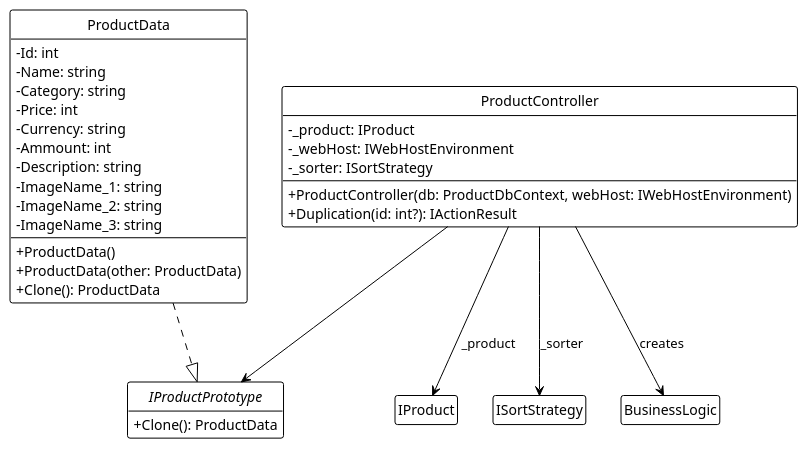
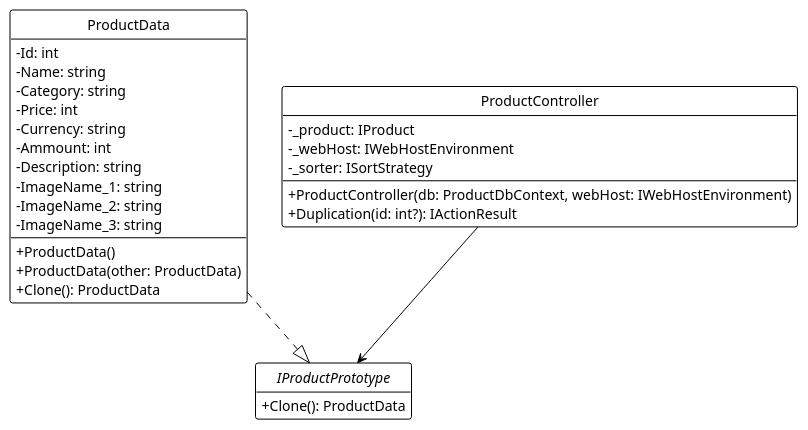
One commit to TibirnaVitalie/Proiect-TMPS changed the diagram in UML/Prototype.puml. Above: the diagram before and after it, drawn with PlantUML. The commit also changed 9 other files, not shown here.

Commit message:
UML updates

```diff
--- a/UML/Prototype.puml
+++ b/UML/Prototype.puml
@@ -1,43 +1,40 @@
 @startuml
 !theme plain
 hide circle
 hide empty members
 skinparam classAttributeIconSize 0
 
 class ProductData {
     - Id: int
     - Name: string
     - Category: string
     - Price: int
     - Currency: string
     - Ammount: int
     - Description: string
     - ImageName_1: string
     - ImageName_2: string
     - ImageName_3: string
     --
     + ProductData()
     + ProductData(other: ProductData)
     + Clone(): ProductData
 }
 
 interface IProductPrototype {
     + Clone(): ProductData
 }
 
 class ProductController {
     - _product: IProduct
     - _webHost: IWebHostEnvironment
     - _sorter: ISortStrategy
     --
     + ProductController(db: ProductDbContext, webHost: IWebHostEnvironment)
     + Duplication(id: int?): IActionResult
 }
 
 ProductData ..|> IProductPrototype
-ProductController --> IProduct: _product
-ProductController --> ISortStrategy: _sorter
-ProductController --> BusinessLogic: creates
 ProductController --> IProductPrototype
 
 @enduml
```
